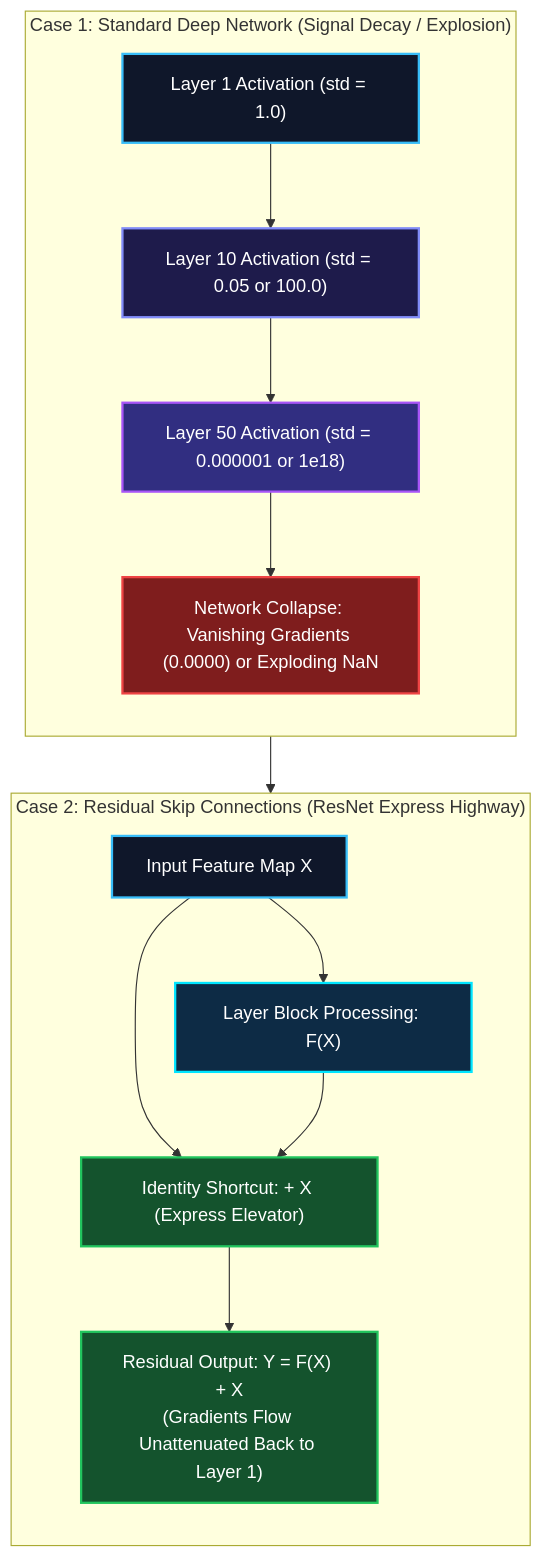
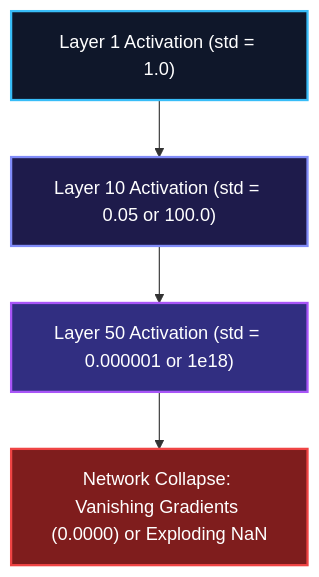
Before and after one commit to narenandu/narenvadapalli_dot_com: the third of 5 diagrams in contents/blog/0076-why-deep-networks-die-initialization-layernorm-residual-connections/index.md, drawn with Mermaid. The commit also changed other lines of this file, not shown here.

````diff
--- a/contents/blog/0076-why-deep-networks-die-initialization-layernorm-residual-connections/index.md
+++ b/contents/blog/0076-why-deep-networks-die-initialization-layernorm-residual-connections/index.md
@@ -101,39 +100,16 @@
 ```mermaid
 flowchart TD
     direction TB
 
-    subgraph UnstableDeep ["Case 1: Standard Deep Network (Signal Decay / Explosion)"]
-        direction TB
-        IN_A["Layer 1 Activation (std = 1.0)"]
-        L10["Layer 10 Activation (std = 0.05 or 100.0)"]
-        L50["Layer 50 Activation (std = 0.000001 or 1e18)"]
-        DEATH["Network Collapse: Vanishing Gradients (0.0000) or Exploding NaN"]
+    IN_A["Layer 1 Activation (std = 1.0)"]
+    L10["Layer 10 Activation (std = 0.05 or 100.0)"]
+    L50["Layer 50 Activation (std = 0.000001 or 1e18)"]
+    DEATH["Network Collapse: Vanishing Gradients (0.0000) or Exploding NaN"]
 
-        IN_A --> L10 --> L50 --> DEATH
-    end
-
-    subgraph StableResNet ["Case 2: Residual Skip Connections (ResNet Express Highway)"]
-        direction TB
-        IN_B["Input Feature Map X"]
-        TRANSFORM["Layer Block Processing: F(X)"]
-        SKIP["Identity Shortcut: + X (Express Elevator)"]
-        OUT_RES["Residual Output: Y = F(X) + X<br/>(Gradients Flow Unattenuated Back to Layer 1)"]
-
-        IN_B --> TRANSFORM
-        IN_B --> SKIP
-        TRANSFORM --> SKIP
-        SKIP --> OUT_RES
-    end
-
-    UnstableDeep --> StableResNet
+    IN_A --> L10 --> L50 --> DEATH
 
     style IN_A fill:#0f172a,stroke:#38bdf8,stroke-width:2px,color:#ffffff
     style L10 fill:#1e1b4b,stroke:#818cf8,stroke-width:2px,color:#ffffff
     style L50 fill:#312e81,stroke:#a855f7,stroke-width:2px,color:#ffffff
     style DEATH fill:#7f1d1d,stroke:#ef4444,stroke-width:2px,color:#ffffff
-
-    style IN_B fill:#0f172a,stroke:#38bdf8,stroke-width:2px,color:#ffffff
-    style TRANSFORM fill:#0d2b45,stroke:#00e5ff,stroke-width:2px,color:#ffffff
-    style SKIP fill:#14532d,stroke:#22c55e,stroke-width:2px,color:#ffffff
-    style OUT_RES fill:#14532d,stroke:#22c55e,stroke-width:2px,color:#ffffff
 ```
````
